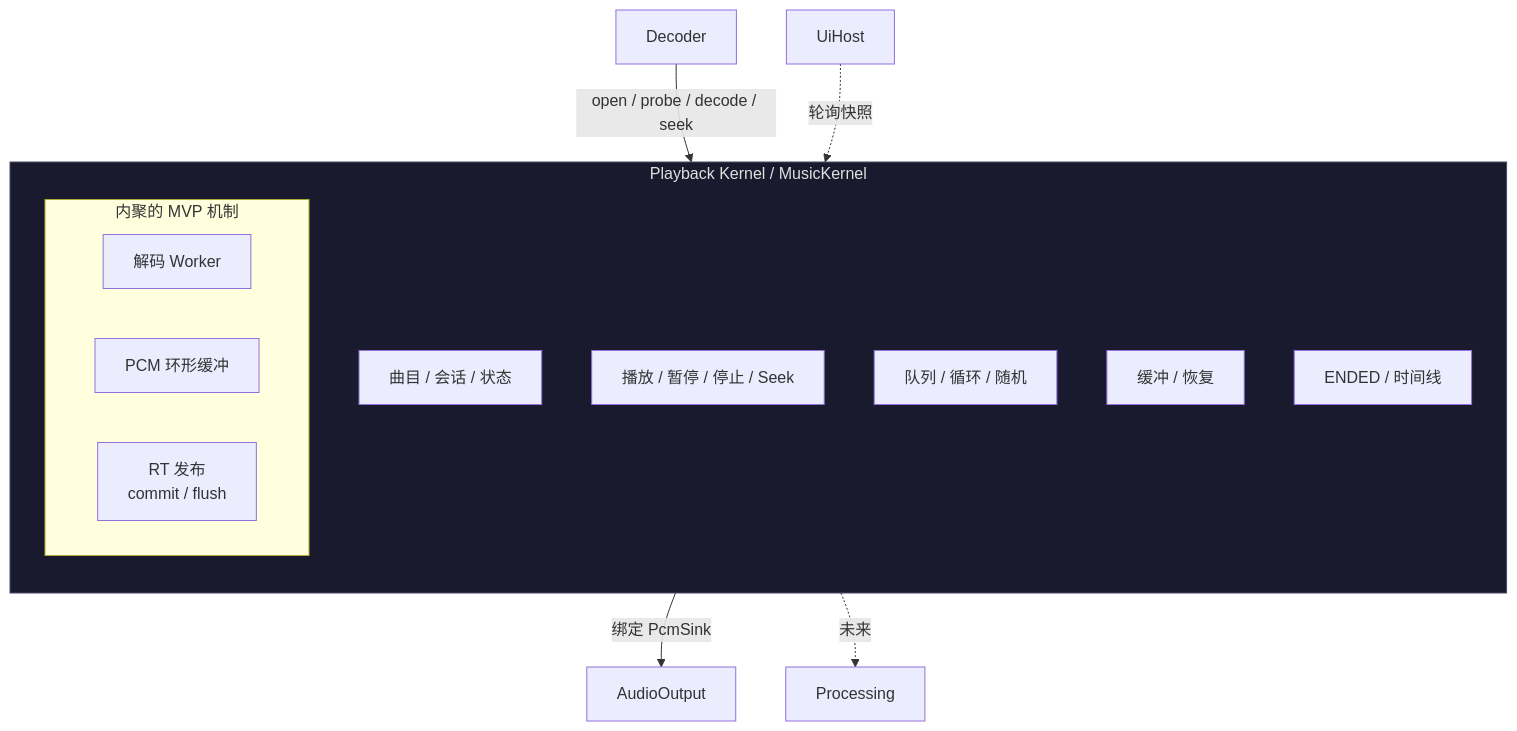
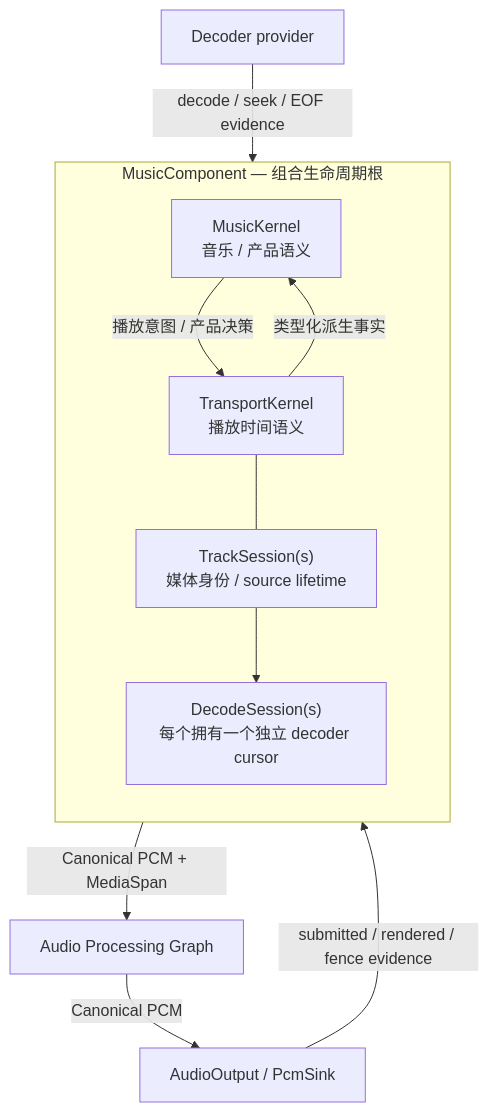
One commit to jnhu76/qianqian changed the diagram in website/architecture/playback-kernel.md. Above: the diagram before and after it, drawn with Mermaid. The commit also changed other lines of this file and 25 other files, not shown here.

First line of the commit message:
architecture: reconcile playback authority surfaces with ADR-PBK-001 (#80)

````diff
--- a/website/architecture/playback-kernel.md
+++ b/website/architecture/playback-kernel.md
@@ -26,24 +26,20 @@
 ```mermaid
 flowchart TB
-    subgraph PK["Playback Kernel / MusicKernel"]
+    subgraph MUSIC["MusicComponent — 组合生命周期根"]
         direction TB
-        TS["曲目 / 会话 / 状态"]
-        PP["播放 / 暂停 / 停止 / Seek"]
-        QR["队列 / 循环 / 随机"]
-        BFR["缓冲 / 恢复"]
-        EN["ENDED / 时间线"]
+        MK["MusicKernel<br/>音乐 / 产品语义"]
+        TK["TransportKernel<br/>播放时间语义"]
+        TS["TrackSession(s)<br/>媒体身份 / source lifetime"]
+        DS["DecodeSession(s)<br/>每个拥有一个独立 decoder cursor"]
 
-        subgraph Mechanisms["内聚的 MVP 机制"]
-            DW["解码 Worker"]
-            PR["PCM 环形缓冲"]
-            RT["RT 发布<br/>commit / flush"]
-        end
+        TS --> DS
+        MK -->|"播放意图 / 产品决策"| TK
+        TK --- TS
     end
 
-    DEC["Decoder"] -->|"open / probe / decode / seek"| PK
-    PK -->|"绑定 PcmSink"| AOUT["AudioOutput"]
-    PK -.->|"未来"| PROC["Processing"]
-    UH["UiHost"] -.->|"轮询快照"| PK
-
-    style PK fill:#1a1a2e,stroke:#4a4a6a,color:#e0e0e0
+    DEC["Decoder provider"] -->|"decode / seek / EOF evidence"| DS
+    DS -->|"Canonical PCM + MediaSpan"| PROC["Audio Processing Graph"]
+    PROC -->|"Canonical PCM"| AOUT["AudioOutput / PcmSink"]
+    AOUT -->|"submitted / rendered / fence evidence"| TK
+    TK -->|"类型化派生事实"| MK
 ```
````
